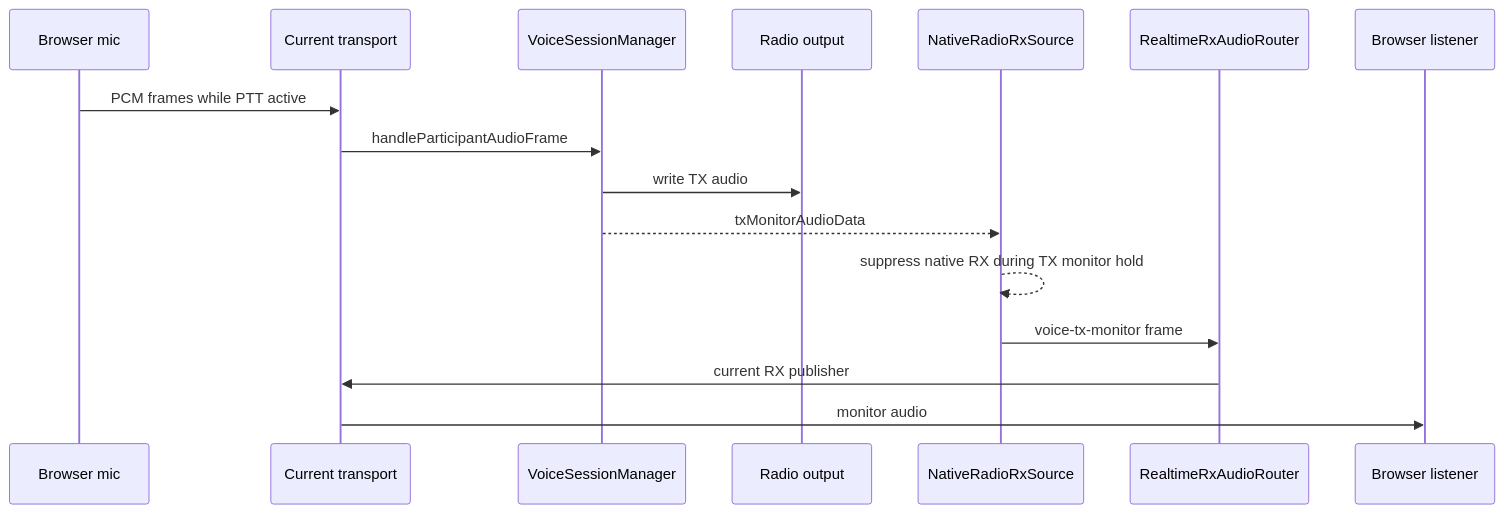
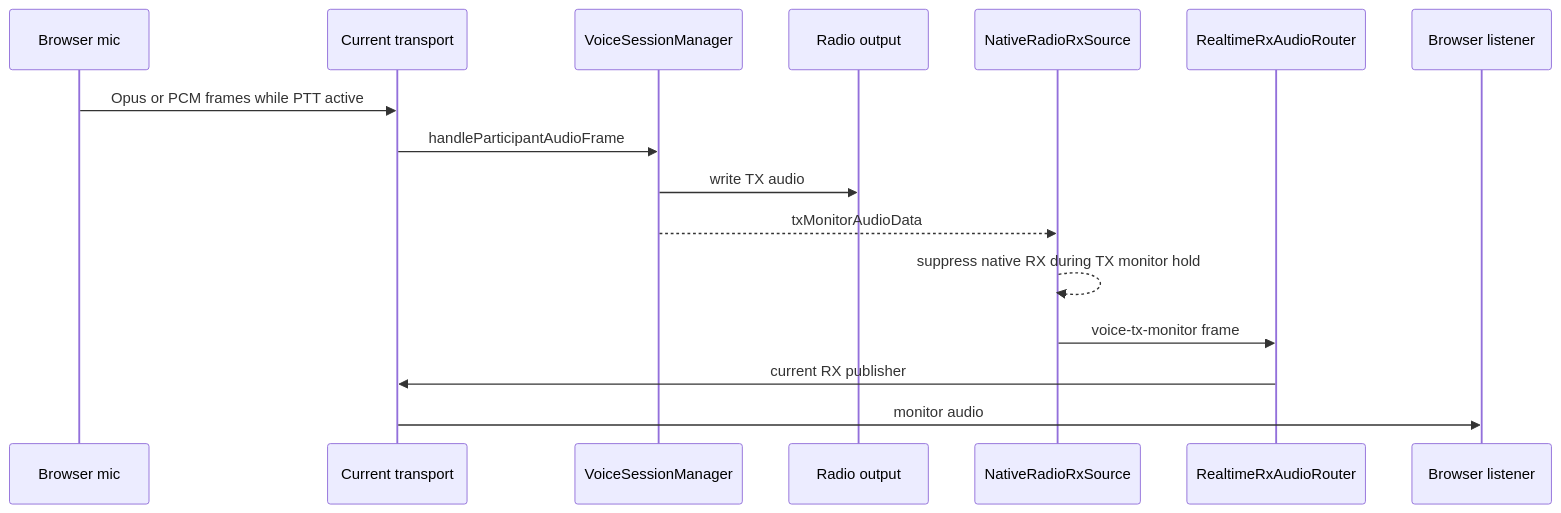
One commit to boybook/tx-5dr changed the third of 3 diagrams in docs/realtime-audio-architecture.md. Above: the diagram before and after it, drawn with Mermaid. The commit also changed other lines of this file and 37 other files, not shown here.

````diff
--- a/docs/realtime-audio-architecture.md
+++ b/docs/realtime-audio-architecture.md
@@ -88,19 +102,19 @@
 ```mermaid
 sequenceDiagram
   participant Browser as Browser mic
   participant Transport as Current transport
   participant Server as VoiceSessionManager
   participant Radio as Radio output
   participant Source as NativeRadioRxSource
   participant Router as RealtimeRxAudioRouter
   participant Listener as Browser listener
 
-  Browser->>Transport: PCM frames while PTT active
+  Browser->>Transport: Opus or PCM frames while PTT active
   Transport->>Server: handleParticipantAudioFrame
   Server->>Radio: write TX audio
   Server-->>Source: txMonitorAudioData
   Source-->>Source: suppress native RX during TX monitor hold
   Source->>Router: voice-tx-monitor frame
   Router->>Transport: current RX publisher
   Transport->>Listener: monitor audio
 ```
````
